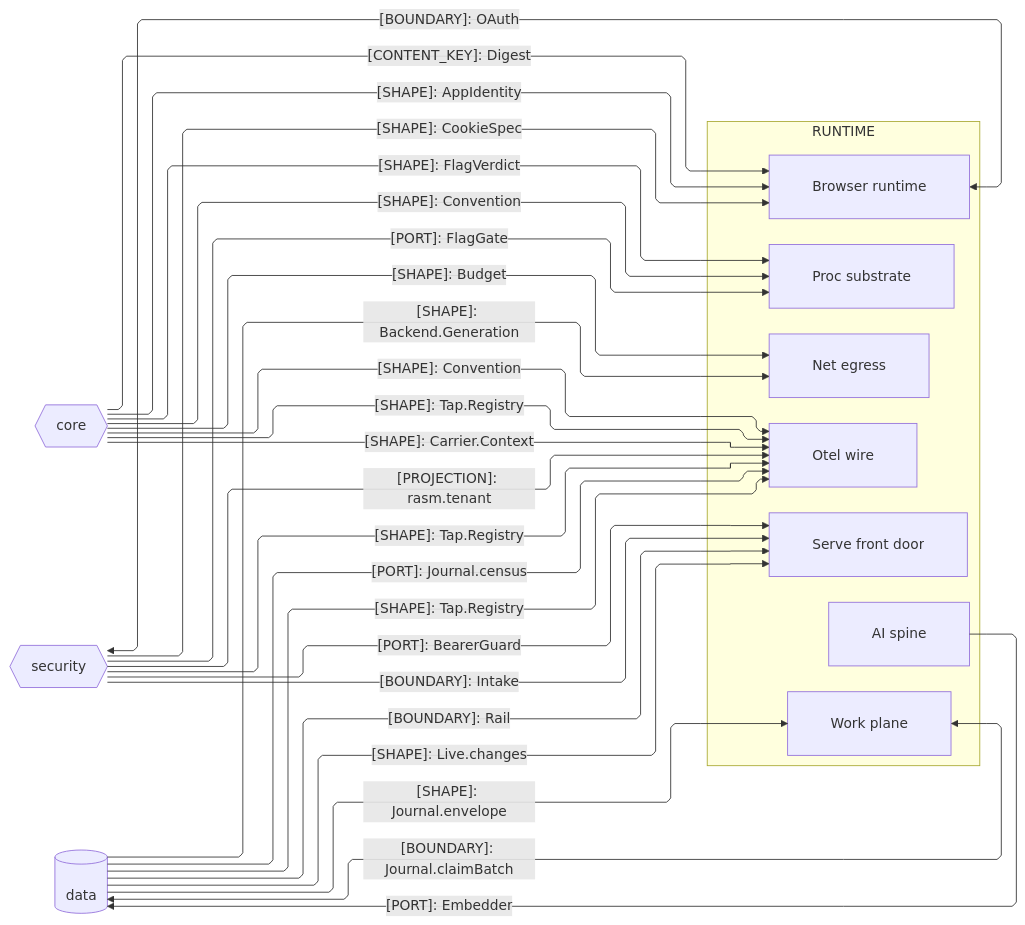
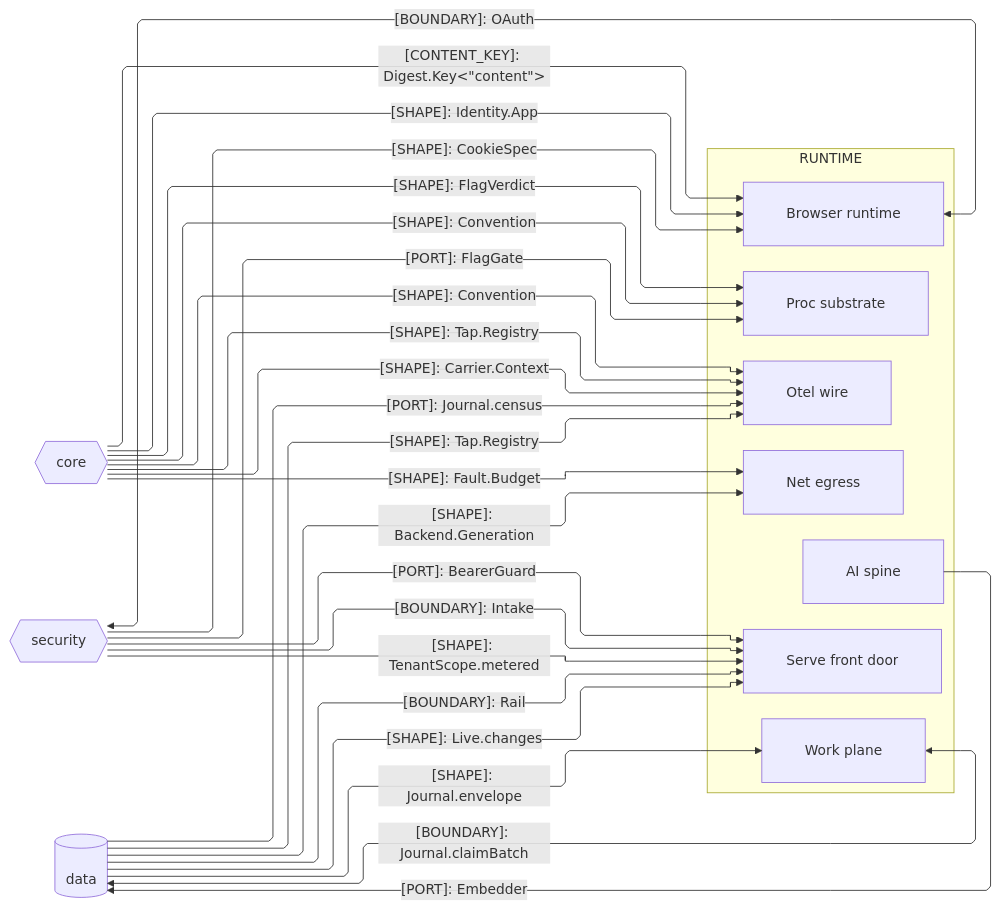
Before and after one commit to bsamiee/Rasm: the second of 4 diagrams in libs/typescript/runtime/ARCHITECTURE.md, drawn with Mermaid. The commit also changed other lines of this file and 400 other files, not shown here.

````diff
--- a/libs/typescript/runtime/ARCHITECTURE.md
+++ b/libs/typescript/runtime/ARCHITECTURE.md
@@ -113,47 +113,46 @@
 ```mermaid
 ---
 config:
   layout: elk
   flowchart:
     curve: linear
     padding: 25
 ---
 flowchart LR
     accTitle: Runtime domain-peer seam registry
     accDescr: Runtime owners exchanging flag, budget, convention, identity, custody, and tap shapes with the core, security, and data peers.
     subgraph runtime[RUNTIME]
         Proc[Proc substrate]
         Net[Net egress]
         Otel[Otel wire]
         Browser[Browser runtime]
         Serve[Serve front door]
         Work[Work plane]
         Ai[AI spine]
     end
     Core{{core}}
     Security{{security}}
     Data[(data)]
     Core e1@-->|"[SHAPE]: FlagVerdict"| Proc
-    Core e2@-->|"[SHAPE]: Budget"| Net
+    Core e2@-->|"[SHAPE]: Fault.Budget"| Net
     Core e3@-->|"[SHAPE]: Convention"| Otel
-    Core e4@-->|"[CONTENT_KEY]: Digest"| Browser
-    Core e14@-->|"[SHAPE]: AppIdentity"| Browser
+    Core e4@-->|"[CONTENT_KEY]: Digest.Key&lt;&quot;content&quot;&gt;"| Browser
+    Core e14@-->|"[SHAPE]: Identity.App"| Browser
     Security e5@-->|"[SHAPE]: CookieSpec"| Browser
     Browser e6@<-->|"[BOUNDARY]: OAuth"| Security
     Security e7@-->|"[PORT]: BearerGuard"| Serve
     Security e8@-->|"[BOUNDARY]: Intake"| Serve
     Security e13@-->|"[PORT]: FlagGate"| Proc
     Data e9@-->|"[BOUNDARY]: Rail"| Serve
     Data e10@-->|"[SHAPE]: Live.changes"| Serve
     Work e11@<-->|"[BOUNDARY]: Journal.claimBatch"| Data
     Ai e12@-->|"[PORT]: Embedder"| Data
     Data e15@-->|"[PORT]: Journal.census"| Otel
-    Security e16@-->|"[PROJECTION]: rasm.tenant"| Otel
+    Security e16@-->|"[SHAPE]: TenantScope.metered"| Serve
     Core e17@-->|"[SHAPE]: Tap.Registry"| Otel
     Data e18@-->|"[SHAPE]: Tap.Registry"| Otel
-    Security e19@-->|"[SHAPE]: Tap.Registry"| Otel
     Data e20@-->|"[SHAPE]: Journal.envelope"| Work
     Core e21@-->|"[SHAPE]: Carrier.Context"| Otel
     Data e22@-->|"[SHAPE]: Backend.Generation"| Net
     Core e23@-->|"[SHAPE]: Convention"| Proc
 ```
````
